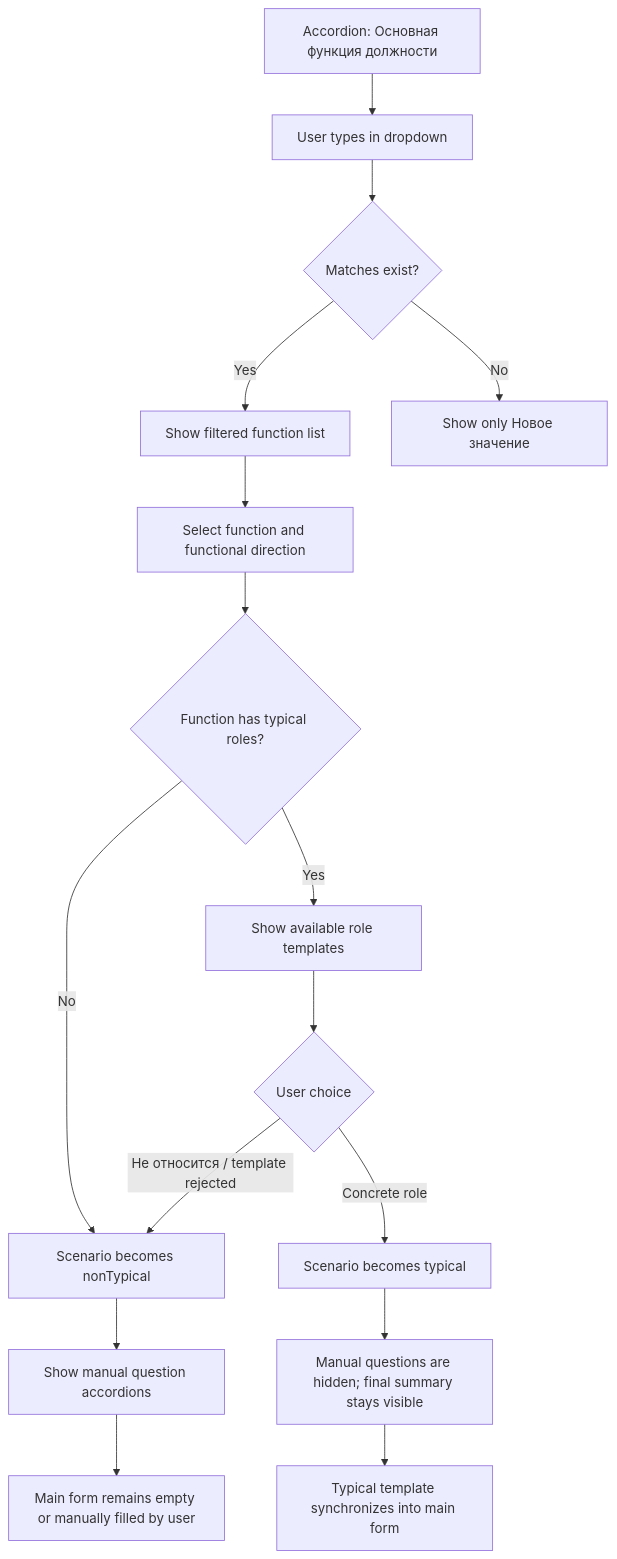
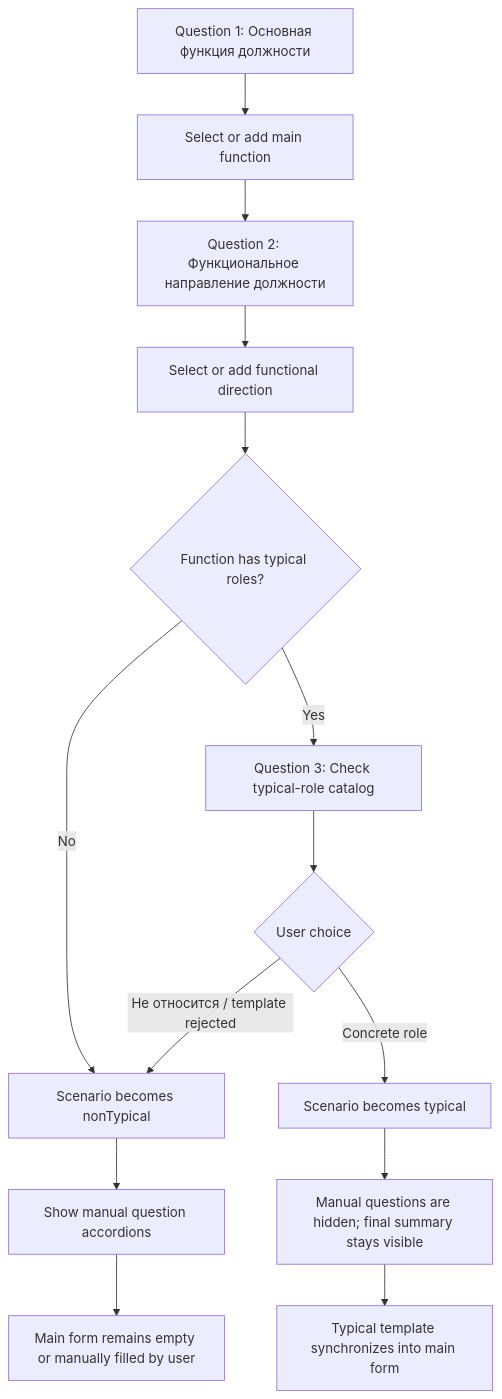
Before and after one commit to Anton-Sukhankin/HR-Profiling-Block: the third of 7 diagrams in docs/components/profile-survey/user-flows.md, drawn with Mermaid. The commit also changed other lines of this file and 7 other files, not shown here.

````diff
--- a/docs/components/profile-survey/user-flows.md
+++ b/docs/components/profile-survey/user-flows.md
@@ -27,18 +27,16 @@
 ```mermaid
 flowchart TD
-  A["Accordion: Основная функция должности"] --> B["User types in dropdown"]
-  B --> C{"Matches exist?"}
-  C -->|Yes| D["Show filtered function list"]
-  C -->|No| E["Show only Новое значение"]
-  D --> F["Select function and functional direction"]
-  F --> G{"Function has typical roles?"}
-  G -->|No| H["Scenario becomes nonTypical"]
-  H --> I["Show manual question accordions"]
-  G -->|Yes| J["Show available role templates"]
-  J --> K{"User choice"}
-  K -->|Concrete role| L["Scenario becomes typical"]
-  L --> M["Manual questions are hidden; final summary stays visible"]
-  K -->|Не относится / template rejected| H
-  I --> N["Main form remains empty or manually filled by user"]
-  M --> O["Typical template synchronizes into main form"]
+  A["Question 1: Основная функция должности"] --> B["Select or add main function"]
+  B --> C["Question 2: Функциональное направление должности"]
+  C --> D["Select or add functional direction"]
+  D --> E{"Function has typical roles?"}
+  E -->|No| F["Scenario becomes nonTypical"]
+  F --> G["Show manual question accordions"]
+  E -->|Yes| H["Question 3: Check typical-role catalog"]
+  H --> I{"User choice"}
+  I -->|Concrete role| J["Scenario becomes typical"]
+  J --> K["Manual questions are hidden; final summary stays visible"]
+  I -->|Не относится / template rejected| F
+  G --> L["Main form remains empty or manually filled by user"]
+  K --> M["Typical template synchronizes into main form"]
 ```
````
